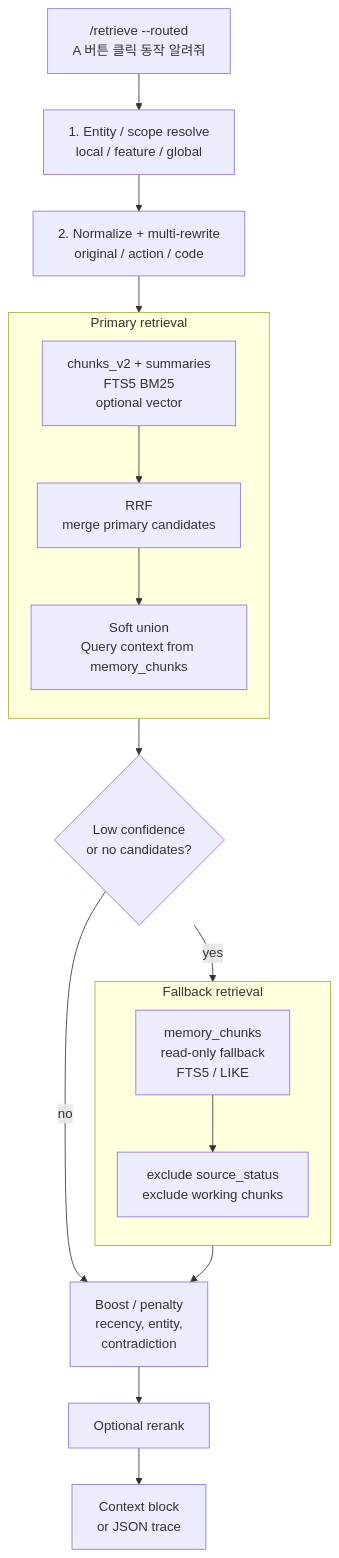
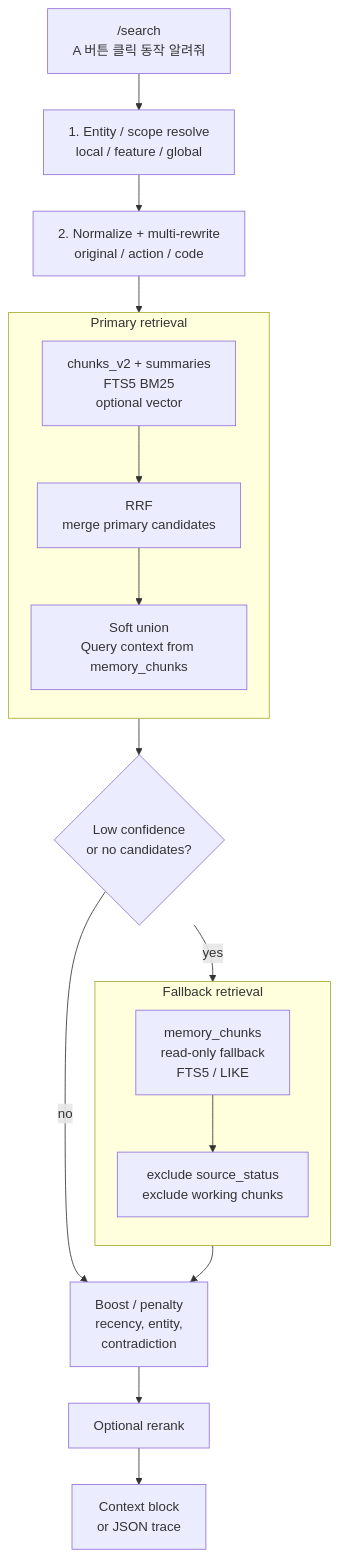
Before and after one commit to taeuk178/MultiAgentCLI: the third of 4 diagrams in Document/flow.md, drawn with Mermaid. The commit also changed other lines of this file and 19 other files, not shown here.

````diff
--- a/Document/flow.md
+++ b/Document/flow.md
@@ -503,31 +503,31 @@
 ```mermaid
 %%{init: {'flowchart': {'useMaxWidth': true, 'rankSpacing': 44, 'nodeSpacing': 34}, 'theme': 'default'}}%%
 flowchart TB
-    Q["/retrieve --routed<br/>A 버튼 클릭 동작 알려줘"]
+    Q["/search<br/>A 버튼 클릭 동작 알려줘"]
     RES["1. Entity / scope resolve<br/>local / feature / global"]
     SURF["2. Normalize + multi-rewrite<br/>original / action / code"]
 
     subgraph PRIMARY["Primary retrieval"]
       direction TB
       DOCS["chunks_v2 + summaries<br/>FTS5 BM25<br/>optional vector"]
       RRF["RRF<br/>merge primary candidates"]
       OVER["Soft union<br/>Query context from memory_chunks"]
     end
 
     LOW{"Low confidence<br/>or no candidates?"}
 
     subgraph FALLBACK["Fallback retrieval"]
       direction TB
       MEMFB["memory_chunks<br/>read-only fallback<br/>FTS5 / LIKE"]
       FILTER["exclude source_status<br/>exclude working chunks"]
     end
 
     RANK["Boost / penalty<br/>recency, entity,<br/>contradiction"]
     RR["Optional rerank"]
     OUT["Context block<br/>or JSON trace"]
 
     Q --> RES --> SURF --> DOCS --> RRF --> OVER --> LOW
     LOW -- yes --> MEMFB --> FILTER --> RANK
     LOW -- no --> RANK
     RANK --> RR --> OUT
 ```
````
